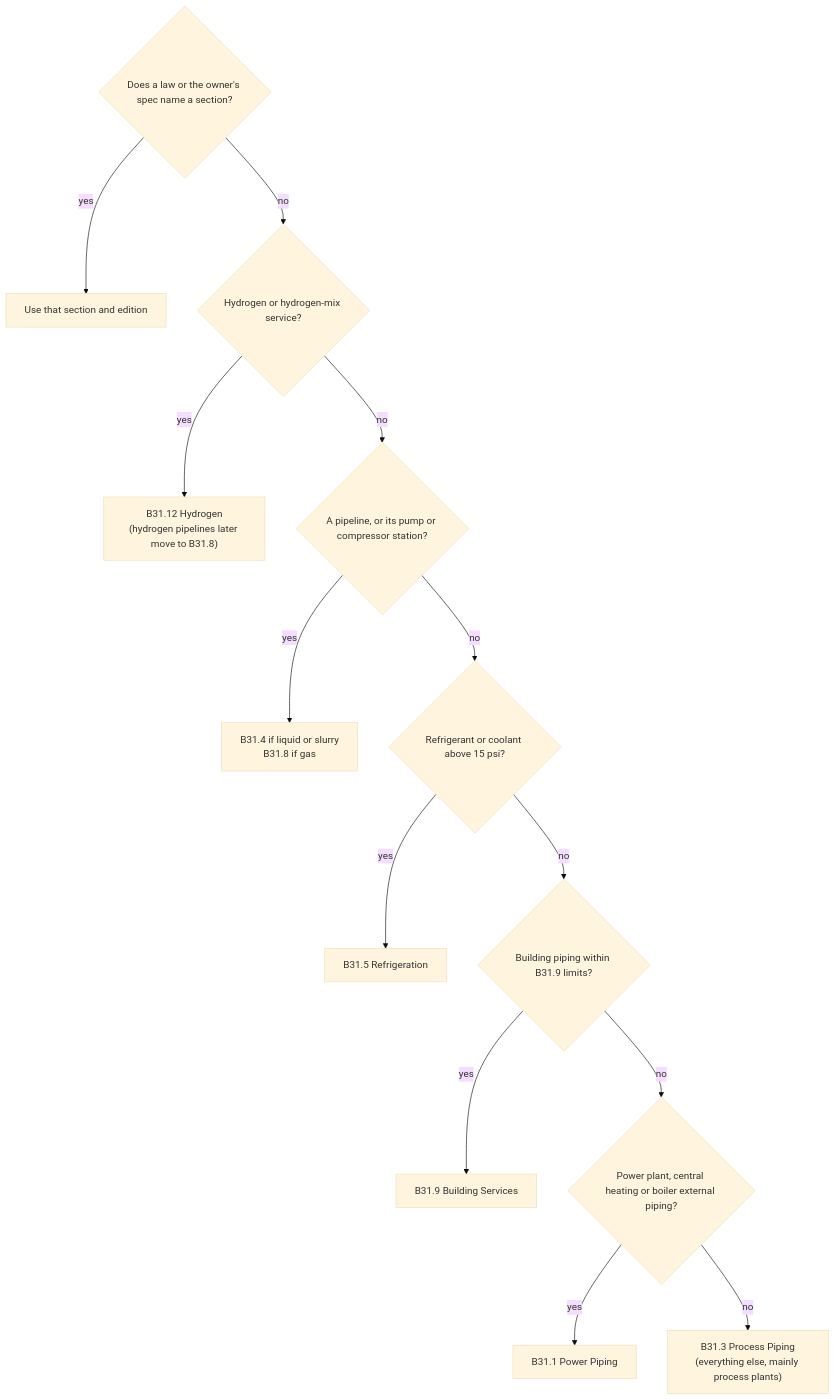
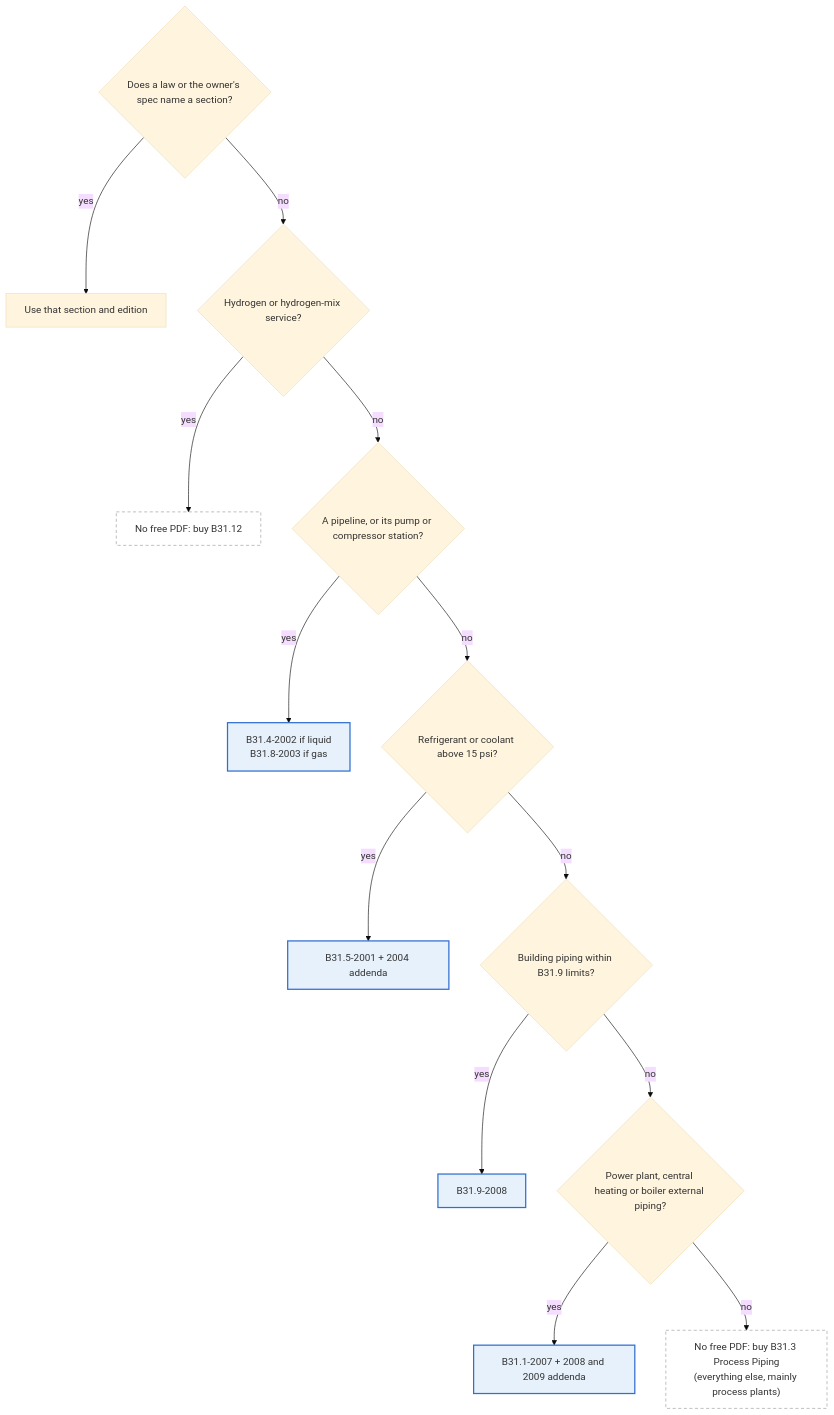
The diagram in docs/selection-guide.md (ArefAbdala/ASME-B31), drawn with Mermaid (base theme) before and after one commit. The commit also changed other lines of this file and 4 other files, not shown here.

````diff
--- a/docs/selection-guide.md
+++ b/docs/selection-guide.md
@@ -11,15 +9,19 @@
 ```mermaid
 flowchart TD
     Q0{"Does a law or the owner's spec name a section?"} -- yes --> A0["Use that section and edition"]
     Q0 -- no --> Q1{"Hydrogen or hydrogen-mix service?"}
-    Q1 -- yes --> A1["B31.12 Hydrogen<br/>(hydrogen pipelines later move to B31.8)"]
+    Q1 -- yes --> A1["No free PDF: buy B31.12"]
     Q1 -- no --> Q2{"A pipeline, or its pump or compressor station?"}
-    Q2 -- yes --> A2["B31.4 if liquid or slurry<br/>B31.8 if gas"]
+    Q2 -- yes --> A2["B31.4-2002 if liquid<br/>B31.8-2003 if gas"]
     Q2 -- no --> Q3{"Refrigerant or coolant above 15 psi?"}
-    Q3 -- yes --> A3["B31.5 Refrigeration"]
+    Q3 -- yes --> A3["B31.5-2001 + 2004 addenda"]
     Q3 -- no --> Q4{"Building piping within B31.9 limits?"}
-    Q4 -- yes --> A4["B31.9 Building Services"]
+    Q4 -- yes --> A4["B31.9-2008"]
     Q4 -- no --> Q5{"Power plant, central heating or boiler external piping?"}
-    Q5 -- yes --> A5["B31.1 Power Piping"]
-    Q5 -- no --> A6["B31.3 Process Piping<br/>(everything else, mainly process plants)"]
+    Q5 -- yes --> A5["B31.1-2007 + 2008 and 2009 addenda"]
+    Q5 -- no --> A6["No free PDF: buy B31.3 Process Piping<br/>(everything else, mainly process plants)"]
+    classDef pdf fill:#e7f1fb,stroke:#2f6fd0,stroke-width:2px;
+    classDef nopdf fill:none,stroke:#999,stroke-dasharray:5 4;
+    class A2,A3,A4,A5 pdf;
+    class A1,A6 nopdf;
 ```
````
